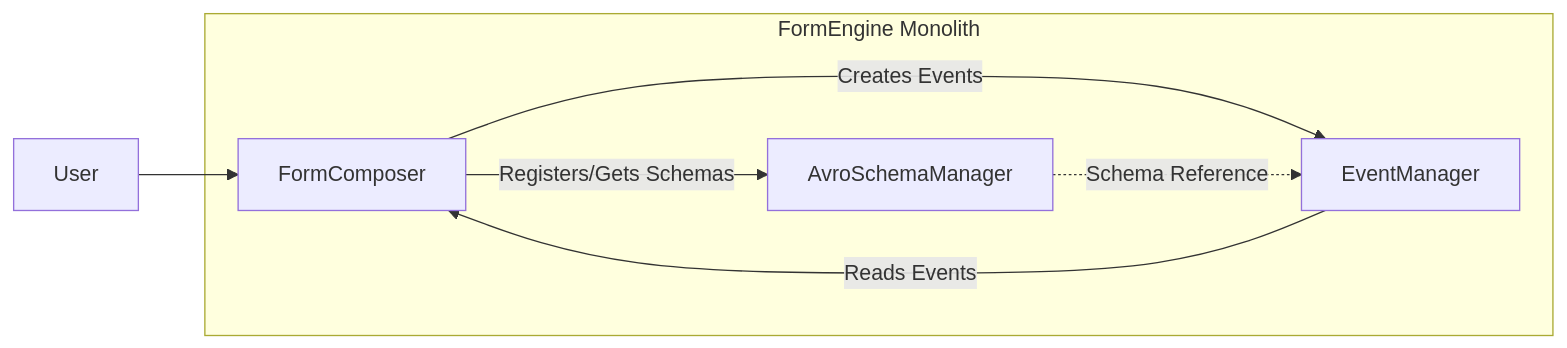
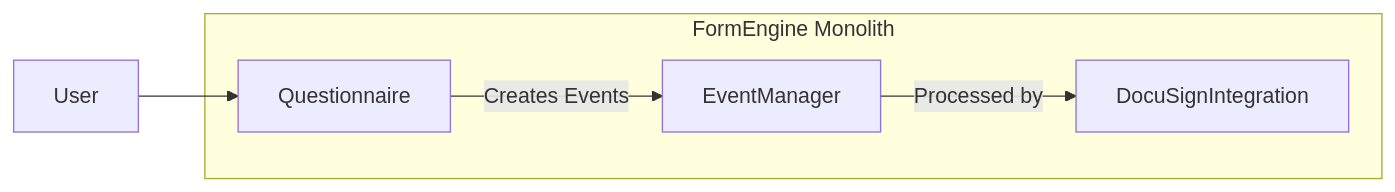
Before and after one commit to julzhk/FormEngine: the second of 4 diagrams in README.md, drawn with Mermaid. The commit also changed other lines of this file and 2 other files, not shown here.

````diff
--- a/README.md
+++ b/README.md
@@ -24,14 +24,12 @@
 ```mermaid
 graph LR
     subgraph FormEngine Monolith
-        FC[FormComposer]
+        Q[Questionnaire]
         EM[EventManager]
-        ASM[AvroSchemaManager]
+        DI[DocuSignIntegration]
     end
 
-    User --> FC
-    FC -->|Creates Events| EM
-    FC -->|Registers/Gets Schemas| ASM
-    EM -->|Reads Events| FC
-    ASM -.->|Schema Reference| EM
+    User --> Q
+    Q -->|Creates Events| EM
+    EM -->|Processed by| DI
 ```
````
